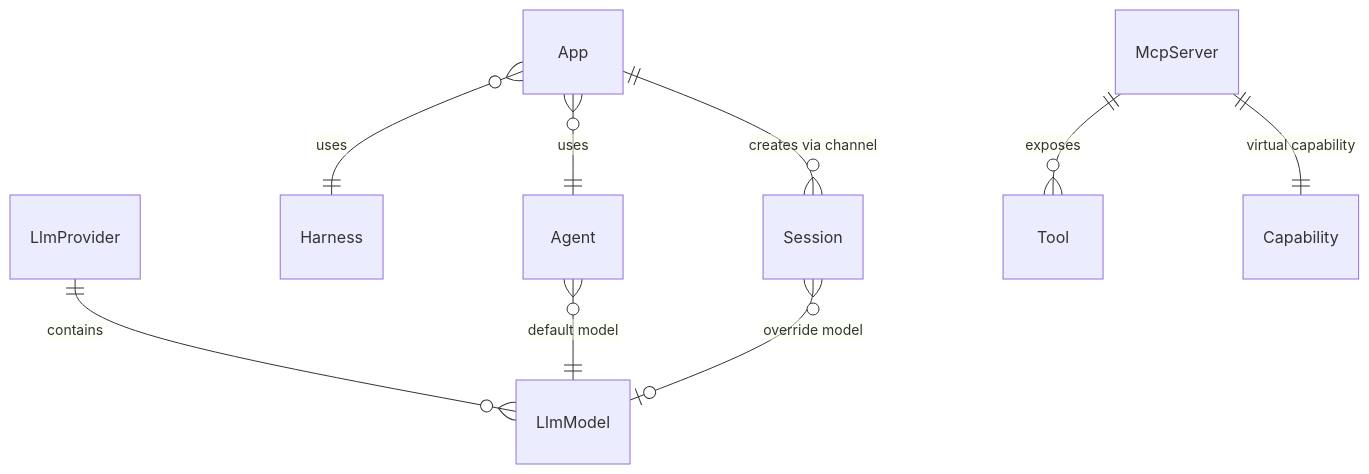
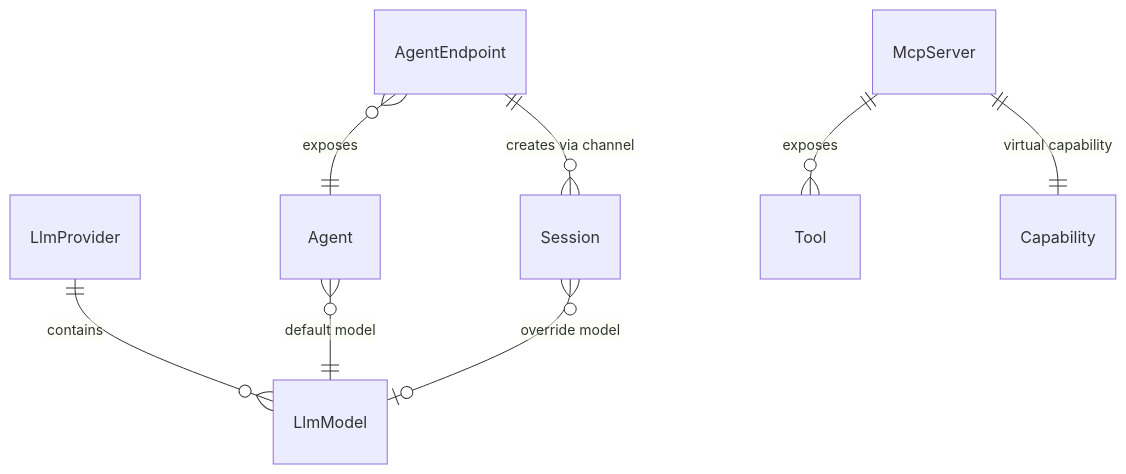
Before and after one commit to everruns/everruns: the third of 3 diagrams in knowledge/foundations/concepts.md, drawn with Mermaid. The commit also changed other lines of this file and 9 other files, not shown here.

````diff
--- a/knowledge/foundations/concepts.md
+++ b/knowledge/foundations/concepts.md
@@ -226,14 +225,13 @@
 ```mermaid
 erDiagram
     LlmProvider ||--o{ LlmModel : "contains"
 
     Agent }o--|| LlmModel : "default model"
     Session }o--o| LlmModel : "override model"
 
     McpServer ||--o{ Tool : "exposes"
     McpServer ||--|| Capability : "virtual capability"
 
-    App }o--|| Harness : "uses"
-    App }o--|| Agent : "uses"
-    App ||--o{ Session : "creates via channel"
+    AgentEndpoint }o--|| Agent : "exposes"
+    AgentEndpoint ||--o{ Session : "creates via channel"
 ```
````
